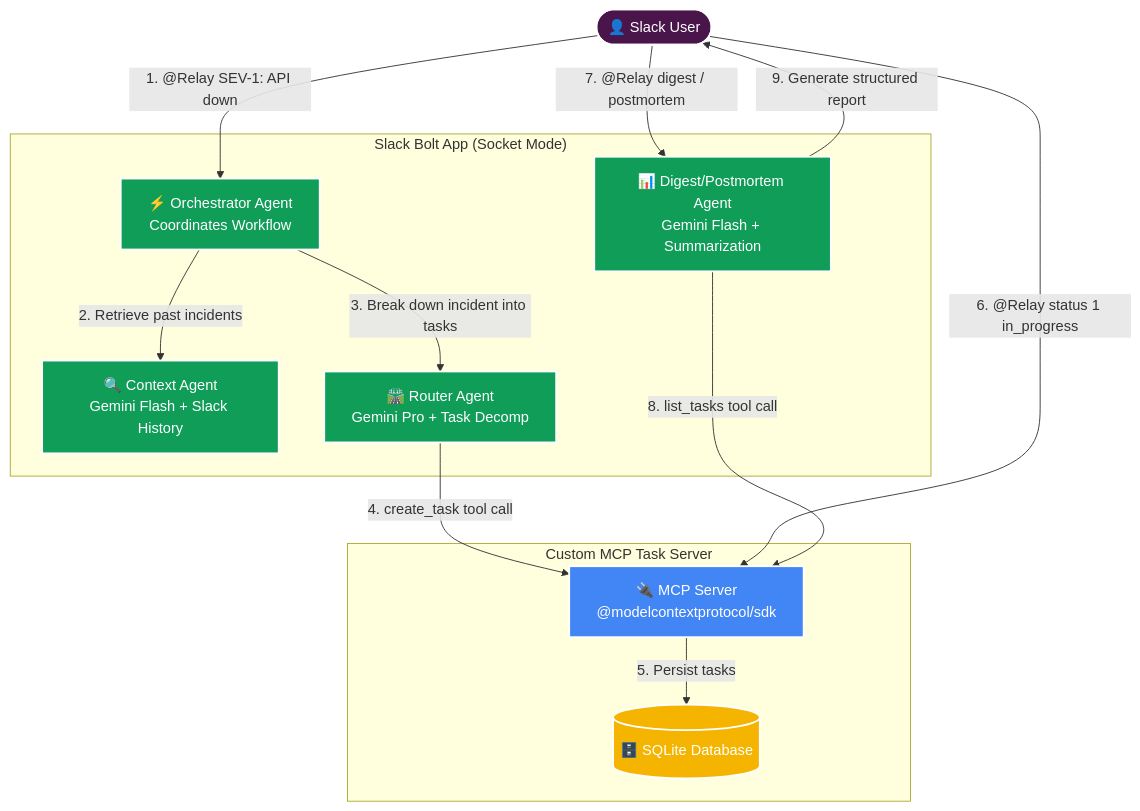
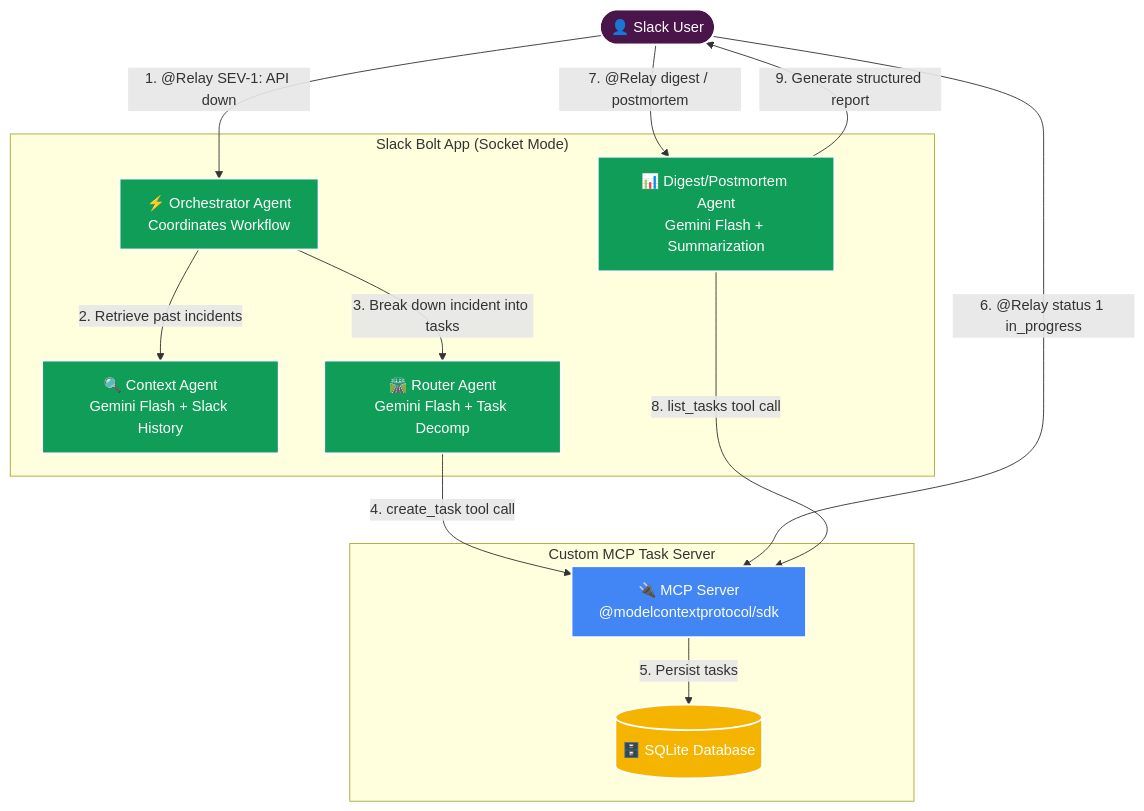
The diagram in README.md (skx56/Relay-AI-Incident-Commander-for-Slack), drawn with Mermaid before and after one commit. The commit also changed 1 other file, not shown here.

Commit message:
docs: Update claims to correctly reflect Gemini 2.5 Flash usage across all agents

````diff
--- a/README.md
+++ b/README.md
@@ -18,34 +18,34 @@
 ```mermaid
 graph TD
     %% Styling
     classDef slack fill:#4A154B,stroke:#fff,stroke-width:2px,color:#fff;
     classDef agent fill:#0F9D58,stroke:#fff,stroke-width:2px,color:#fff;
     classDef tool fill:#4285F4,stroke:#fff,stroke-width:2px,color:#fff;
     classDef db fill:#F4B400,stroke:#fff,stroke-width:2px,color:#fff;
 
     User([👤 Slack User]):::slack
     
     subgraph BoltApp ["Slack Bolt App (Socket Mode)"]
         Orch[⚡️ Orchestrator Agent<br/>Coordinates Workflow]:::agent
         Ctx[🔍 Context Agent<br/>Gemini Flash + Slack History]:::agent
-        Router[🛣️ Router Agent<br/>Gemini Pro + Task Decomp]:::agent
+        Router[🛣️ Router Agent<br/>Gemini Flash + Task Decomp]:::agent
         Digest[📊 Digest/Postmortem Agent<br/>Gemini Flash + Summarization]:::agent
     end
     
     subgraph MCPServer ["Custom MCP Task Server"]
         MCP[🔌 MCP Server<br/>@modelcontextprotocol/sdk]:::tool
         SQLite[(🗄️ SQLite Database)]:::db
     end
 
     %% Flows
     User -- "1. @Relay SEV-1: API down" --> Orch
     Orch -- "2. Retrieve past incidents" --> Ctx
     Orch -- "3. Break down incident into tasks" --> Router
     Router -- "4. create_task tool call" --> MCP
     MCP -- "5. Persist tasks" --> SQLite
     
     User -- "6. @Relay status 1 in_progress" --> MCP
     User -- "7. @Relay digest / postmortem" --> Digest
     Digest -- "8. list_tasks tool call" --> MCP
     Digest -- "9. Generate structured report" --> User
 ```
````
